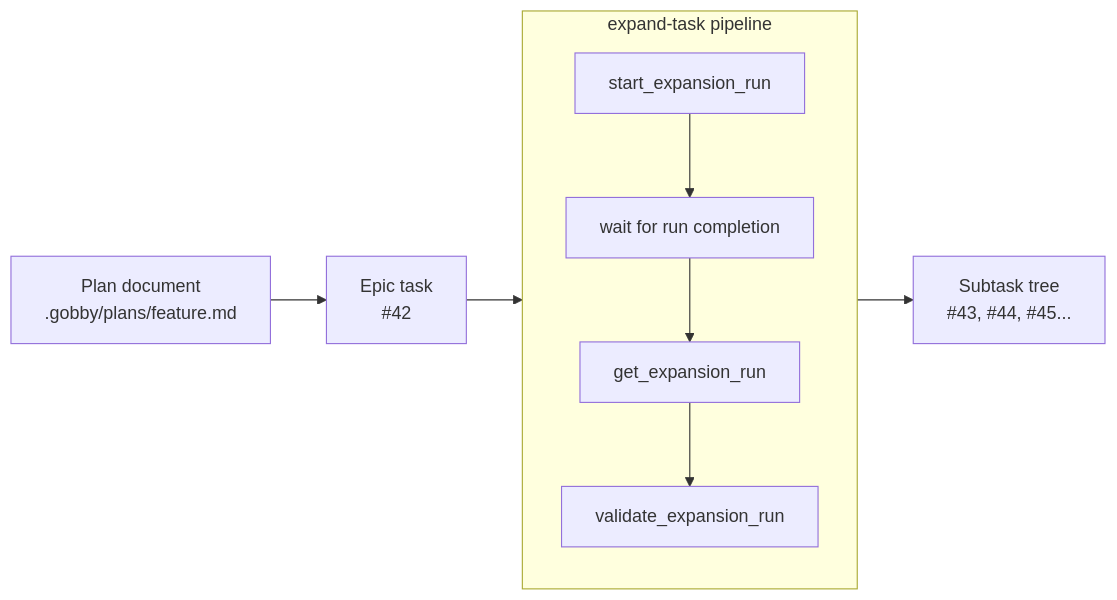
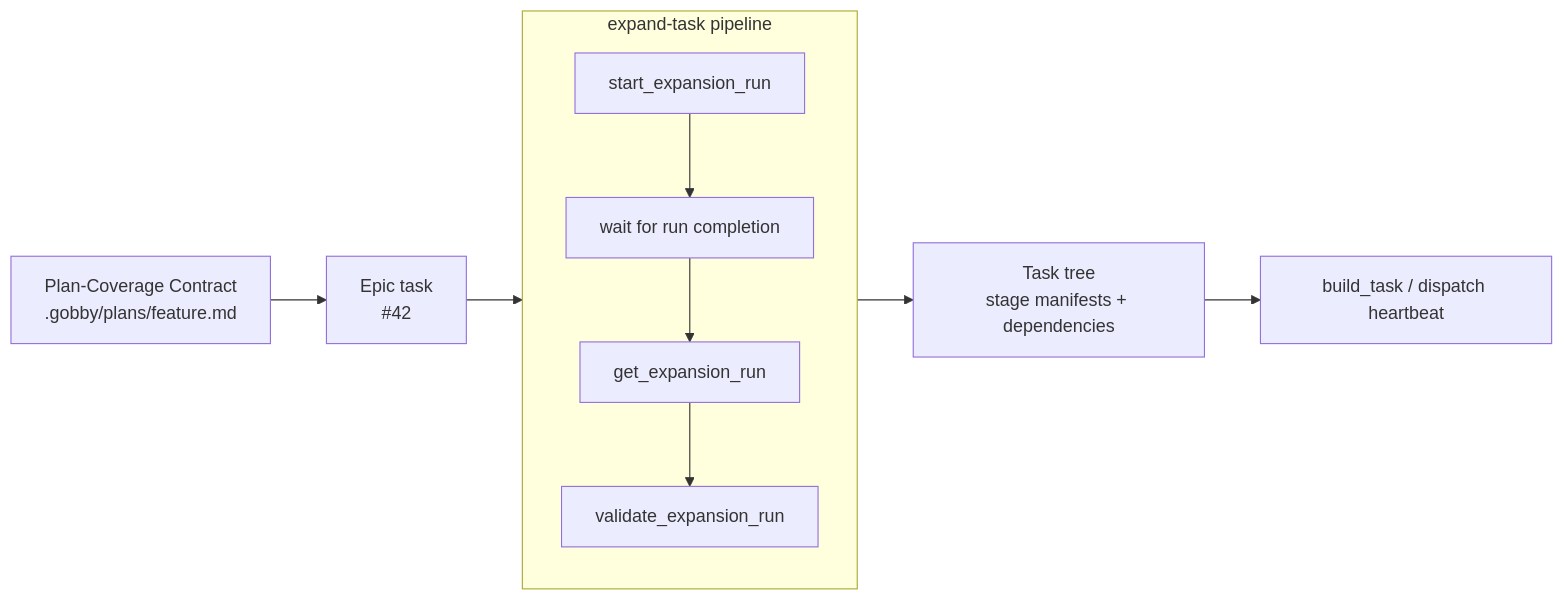
One commit to GobbyAI/gobby changed the first of 2 diagrams in docs/guides/task-expansion.md. Above: the diagram before and after it, drawn with Mermaid. The commit also changed other lines of this file, not shown here.

Commit message:
[gobby-#14389] docs: refresh task expansion guide

````diff
--- a/docs/guides/task-expansion.md
+++ b/docs/guides/task-expansion.md
@@ -13,13 +20,14 @@
 ```mermaid
 flowchart LR
-    PLAN["Plan document<br/>.gobby/plans/feature.md"] --> EPIC["Epic task<br/>#42"]
+    PLAN["Plan-Coverage Contract<br/>.gobby/plans/feature.md"] --> EPIC["Epic task<br/>#42"]
     EPIC --> PIPELINE["expand-task pipeline"]
 
     subgraph PIPELINE["expand-task pipeline"]
         START["start_expansion_run"] --> WAIT["wait for run completion"]
         WAIT --> LOAD["get_expansion_run"]
         LOAD --> VALIDATE["validate_expansion_run"]
     end
 
-    PIPELINE --> TREE["Subtask tree<br/>#43, #44, #45..."]
+    PIPELINE --> TREE["Task tree<br/>stage manifests + dependencies"]
+    TREE --> DISPATCH["build_task / dispatch heartbeat"]
 ```
````
